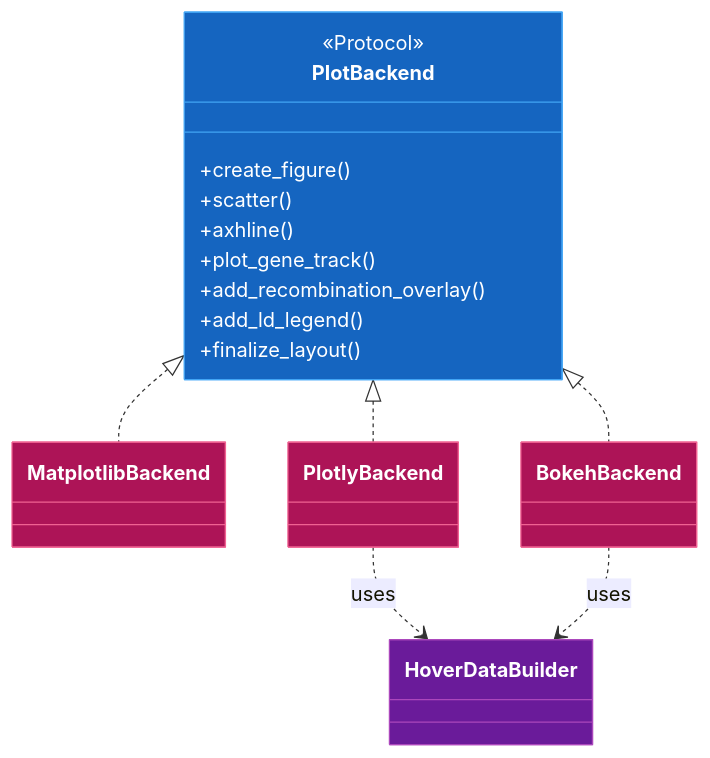
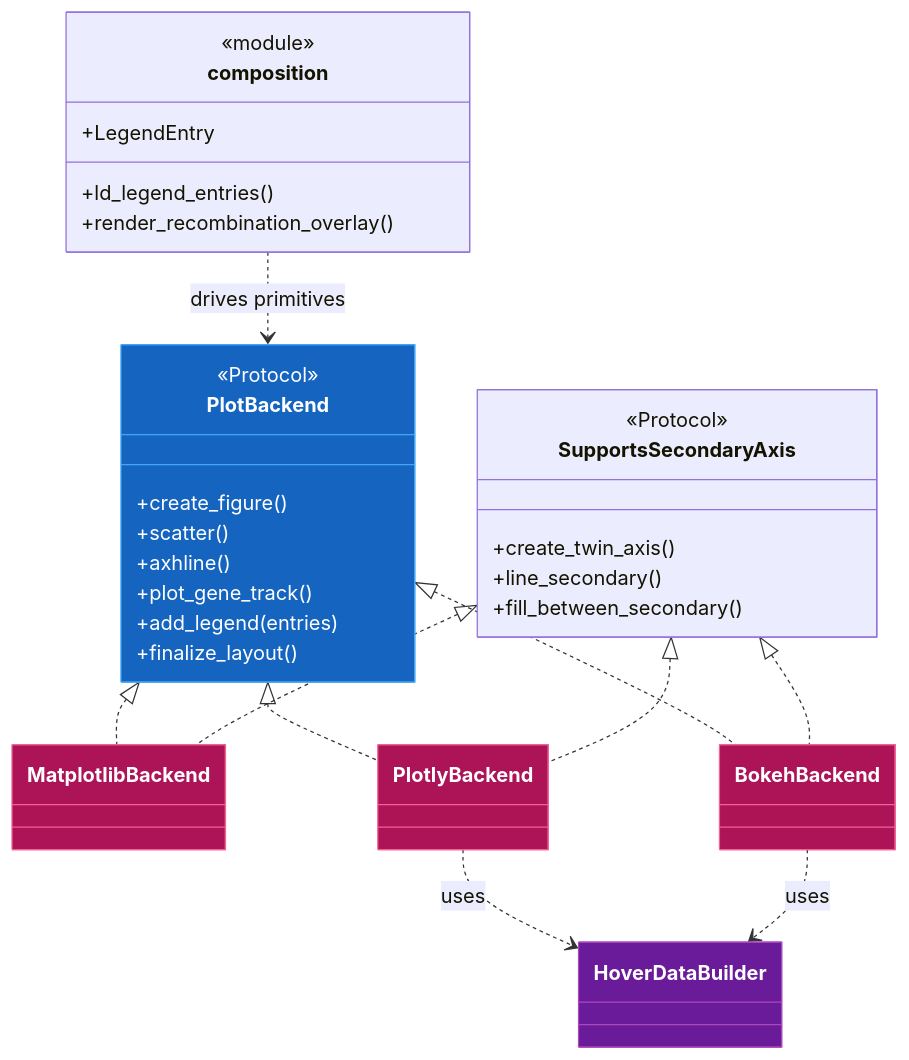
The third of 3 diagrams in docs/CODEMAP.md (michael-denyer/pyLocusZoom), drawn with Mermaid before and after one commit. The commit also changed other lines of this file and 66 other files, not shown here.

````diff
--- a/docs/CODEMAP.md
+++ b/docs/CODEMAP.md
@@ -304,29 +311,44 @@
 ```mermaid
 classDiagram
     class PlotBackend {
         <<Protocol>>
         +create_figure()
         +scatter()
         +axhline()
         +plot_gene_track()
-        +add_recombination_overlay()
-        +add_ld_legend()
+        +add_legend(entries)
         +finalize_layout()
+    }
+    class SupportsSecondaryAxis {
+        <<Protocol>>
+        +create_twin_axis()
+        +line_secondary()
+        +fill_between_secondary()
+    }
+    class composition {
+        <<module>>
+        +LegendEntry
+        +ld_legend_entries()
+        +render_recombination_overlay()
     }
     class MatplotlibBackend
     class PlotlyBackend
     class BokehBackend
     class HoverDataBuilder
 
     PlotBackend <|.. MatplotlibBackend
     PlotBackend <|.. PlotlyBackend
     PlotBackend <|.. BokehBackend
+    SupportsSecondaryAxis <|.. MatplotlibBackend
+    SupportsSecondaryAxis <|.. PlotlyBackend
+    SupportsSecondaryAxis <|.. BokehBackend
+    composition ..> PlotBackend : drives primitives
     PlotlyBackend ..> HoverDataBuilder : uses
     BokehBackend ..> HoverDataBuilder : uses
 
     style PlotBackend fill:#1565c0,stroke:#42a5f5,color:#ffffff
     style MatplotlibBackend fill:#ad1457,stroke:#f06292,color:#ffffff
     style PlotlyBackend fill:#ad1457,stroke:#f06292,color:#ffffff
     style BokehBackend fill:#ad1457,stroke:#f06292,color:#ffffff
     style HoverDataBuilder fill:#6a1b9a,stroke:#ab47bc,color:#ffffff
 ```
````
